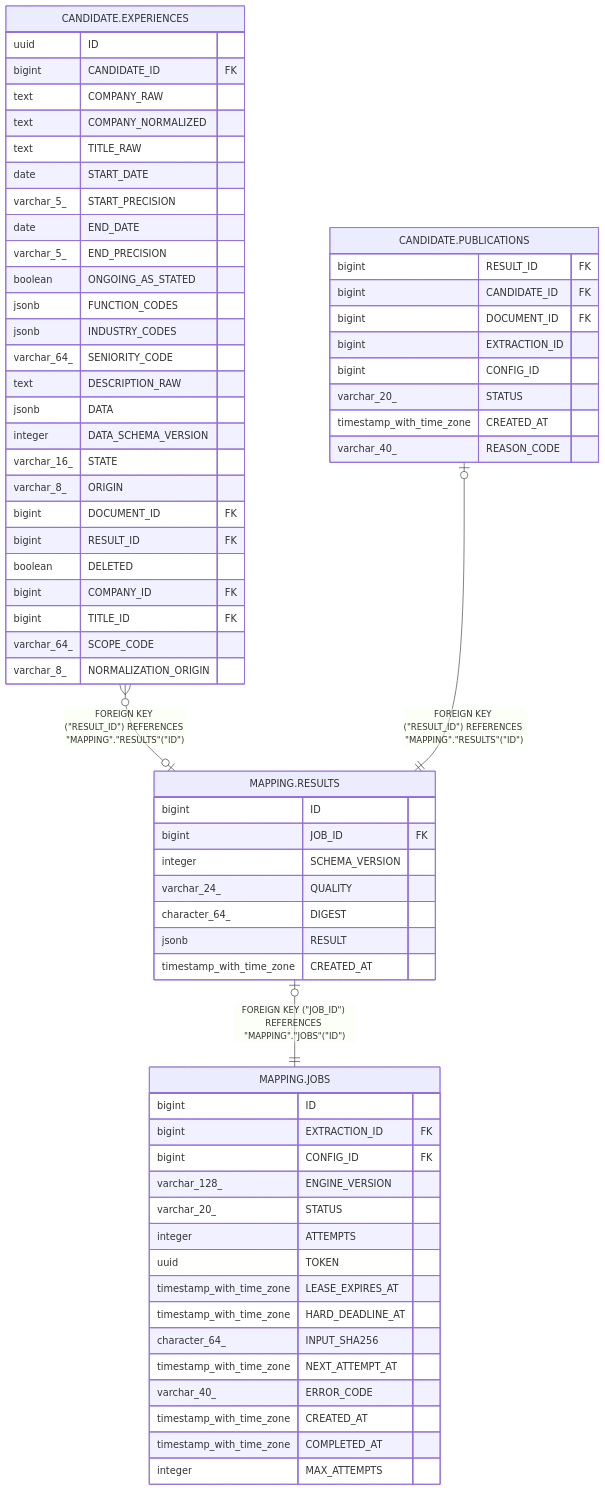
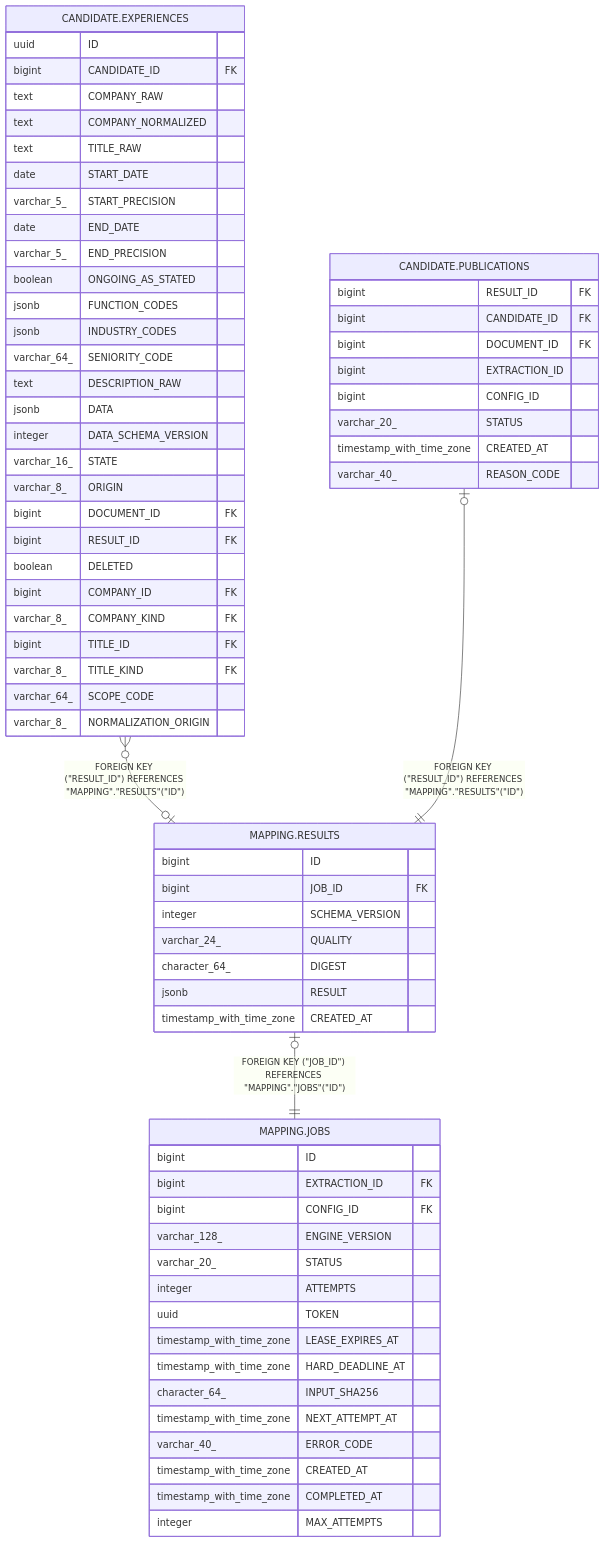
Before and after one commit to happidude/cv-compass: the diagram in docs/db/MAPPING.RESULTS.md, drawn with Mermaid. The commit also changed 31 other files, not shown here.

````diff
--- a/docs/db/MAPPING.RESULTS.md
+++ b/docs/db/MAPPING.RESULTS.md
@@ -46,71 +46,73 @@
 ```mermaid
 erDiagram
 
 "CANDIDATE.EXPERIENCES" }o--o| "MAPPING.RESULTS" : "FOREIGN KEY (#quot;RESULT_ID#quot;) REFERENCES #quot;MAPPING#quot;.#quot;RESULTS#quot;(#quot;ID#quot;)"
 "CANDIDATE.PUBLICATIONS" |o--|| "MAPPING.RESULTS" : "FOREIGN KEY (#quot;RESULT_ID#quot;) REFERENCES #quot;MAPPING#quot;.#quot;RESULTS#quot;(#quot;ID#quot;)"
 "MAPPING.RESULTS" |o--|| "MAPPING.JOBS" : "FOREIGN KEY (#quot;JOB_ID#quot;) REFERENCES #quot;MAPPING#quot;.#quot;JOBS#quot;(#quot;ID#quot;)"
 
 "MAPPING.RESULTS" {
   bigint ID
   bigint JOB_ID FK
   integer SCHEMA_VERSION
   varchar_24_ QUALITY
   character_64_ DIGEST
   jsonb RESULT
   timestamp_with_time_zone CREATED_AT
 }
 "CANDIDATE.EXPERIENCES" {
   uuid ID
   bigint CANDIDATE_ID FK
   text COMPANY_RAW
   text COMPANY_NORMALIZED
   text TITLE_RAW
   date START_DATE
   varchar_5_ START_PRECISION
   date END_DATE
   varchar_5_ END_PRECISION
   boolean ONGOING_AS_STATED
   jsonb FUNCTION_CODES
   jsonb INDUSTRY_CODES
   varchar_64_ SENIORITY_CODE
   text DESCRIPTION_RAW
   jsonb DATA
   integer DATA_SCHEMA_VERSION
   varchar_16_ STATE
   varchar_8_ ORIGIN
   bigint DOCUMENT_ID FK
   bigint RESULT_ID FK
   boolean DELETED
   bigint COMPANY_ID FK
+  varchar_8_ COMPANY_KIND FK
   bigint TITLE_ID FK
+  varchar_8_ TITLE_KIND FK
   varchar_64_ SCOPE_CODE
   varchar_8_ NORMALIZATION_ORIGIN
 }
 "CANDIDATE.PUBLICATIONS" {
   bigint RESULT_ID FK
   bigint CANDIDATE_ID FK
   bigint DOCUMENT_ID FK
   bigint EXTRACTION_ID
   bigint CONFIG_ID
   varchar_20_ STATUS
   timestamp_with_time_zone CREATED_AT
   varchar_40_ REASON_CODE
 }
 "MAPPING.JOBS" {
   bigint ID
   bigint EXTRACTION_ID FK
   bigint CONFIG_ID FK
   varchar_128_ ENGINE_VERSION
   varchar_20_ STATUS
   integer ATTEMPTS
   uuid TOKEN
   timestamp_with_time_zone LEASE_EXPIRES_AT
   timestamp_with_time_zone HARD_DEADLINE_AT
   character_64_ INPUT_SHA256
   timestamp_with_time_zone NEXT_ATTEMPT_AT
   varchar_40_ ERROR_CODE
   timestamp_with_time_zone CREATED_AT
   timestamp_with_time_zone COMPLETED_AT
   integer MAX_ATTEMPTS
 }
 ```
````
